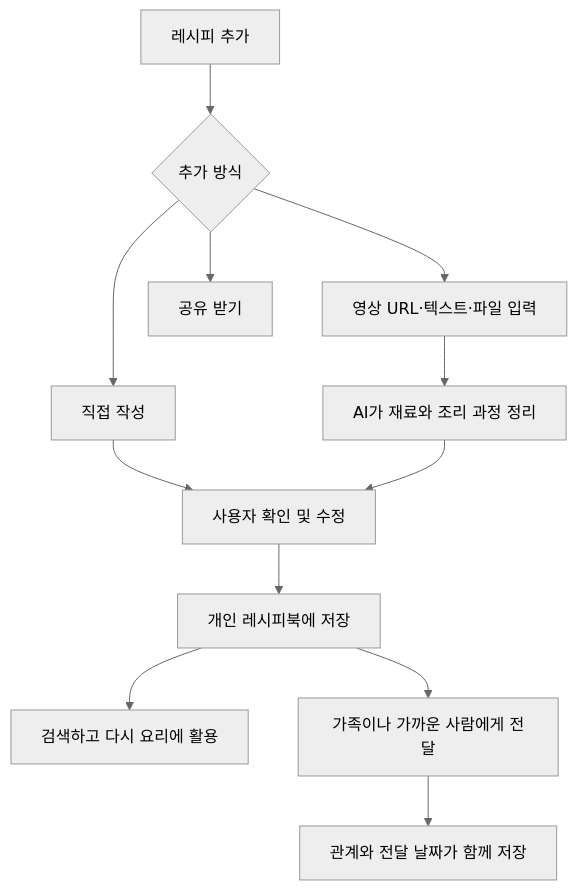
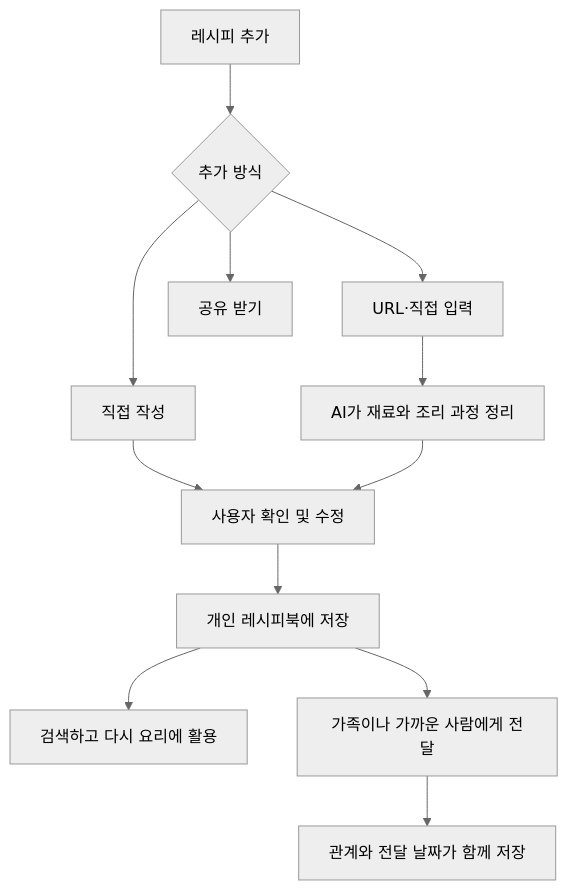
The diagram in README.md (Mureung1/hub-showcase), drawn with Mermaid (neutral theme) before and after one commit. The commit also changed other lines of this file and 4 other files, not shown here.

````diff
--- a/README.md
+++ b/README.md
@@ -24,17 +24,17 @@
 ```mermaid
 flowchart TD
 A["레시피 추가"] --> B{"추가 방식"} 
 
 B --> C["직접 작성"] 
-B --> D["영상 URL·텍스트·파일 입력"]
+B --> D["URL·직접 입력"]
 B --> K["공유 받기"]
 
 D --> E["AI가 재료와 조리 과정 정리"] 
 C --> F["사용자 확인 및 수정"] 
 E --> F 
 
 F --> G["개인 레시피북에 저장"] 
 G --> H["검색하고 다시 요리에 활용"] 
 G --> I["가족이나 가까운 사람에게 전달"] 
 I --> J["관계와 전달 날짜가 함께 저장"]
 ```
````
